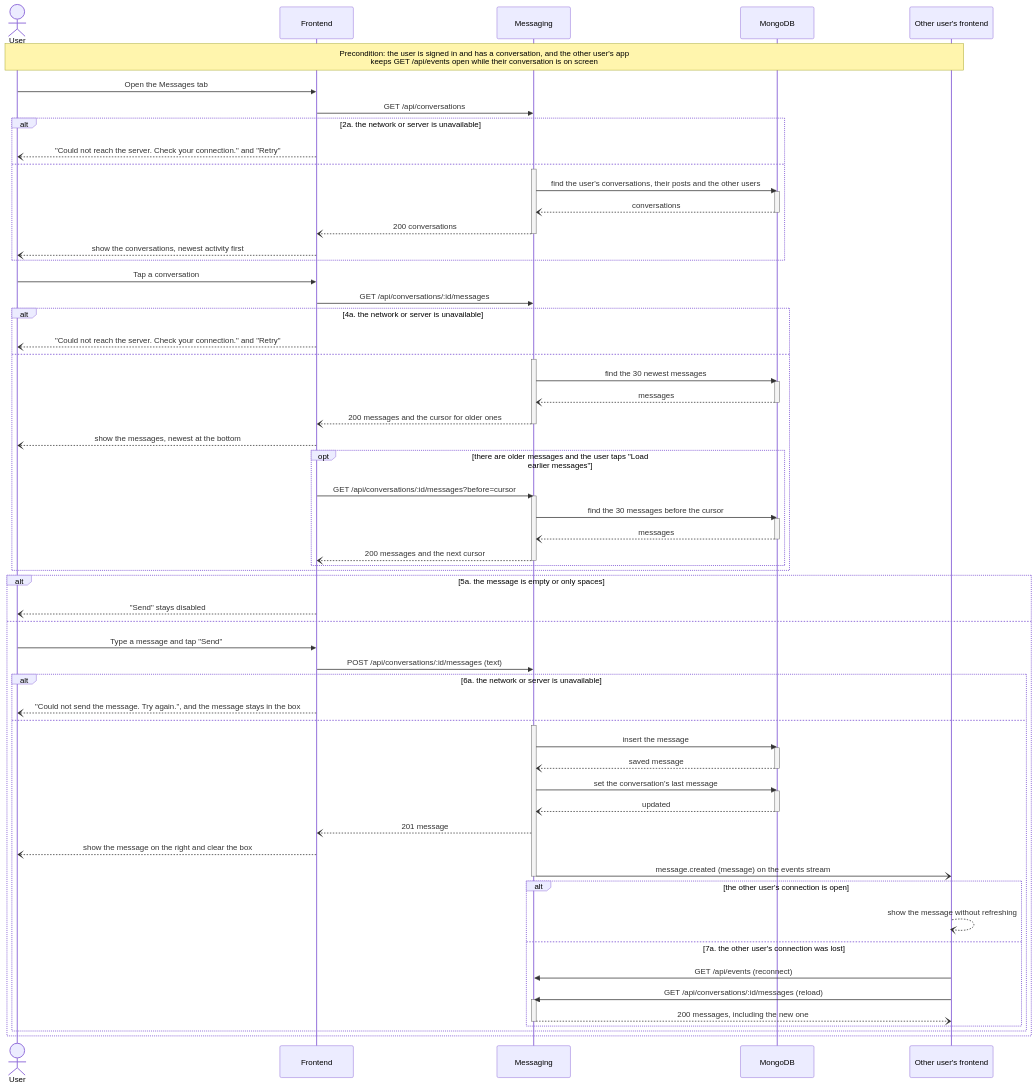
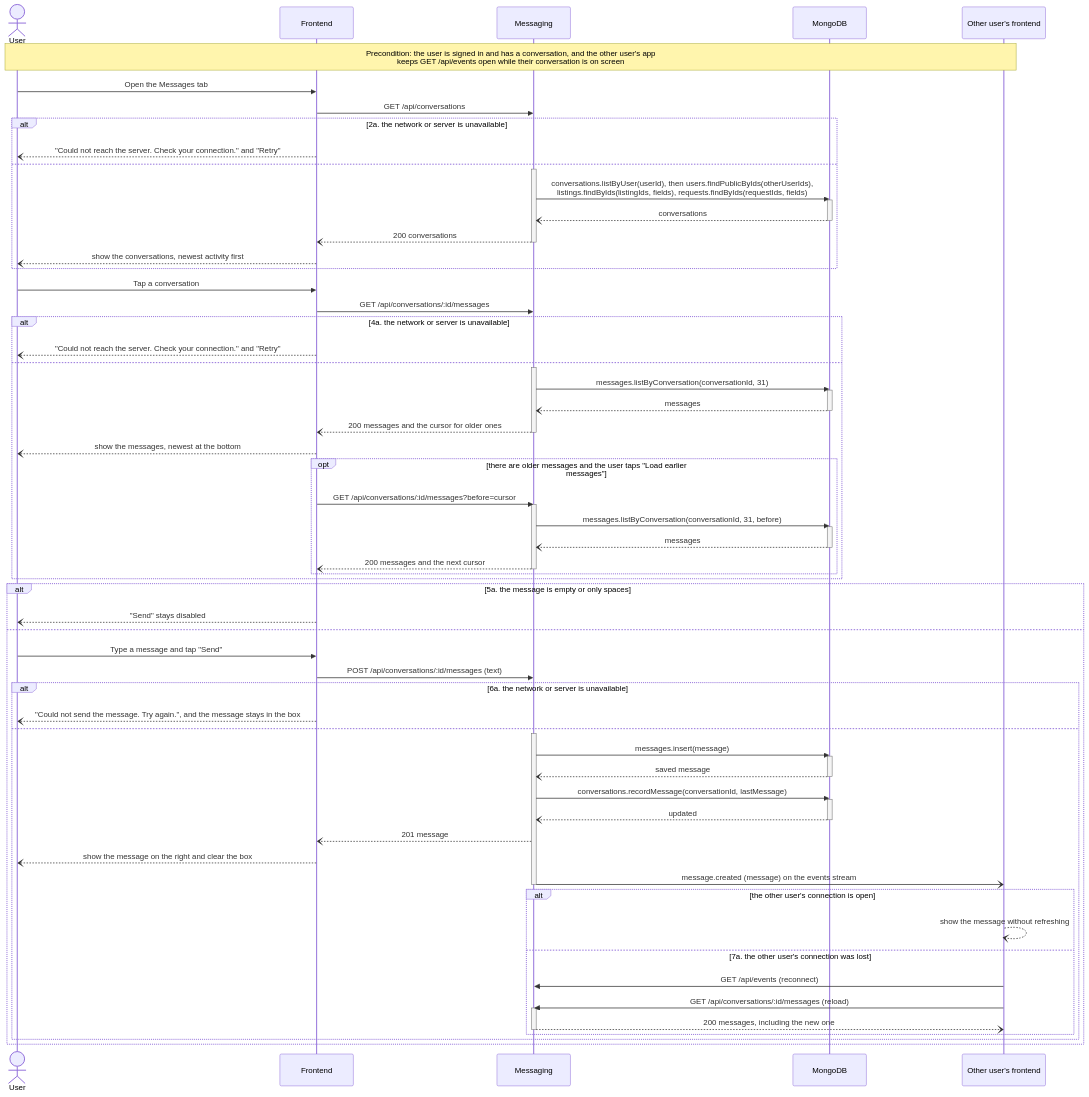
Before and after one commit to m1lun/MatchMarket: the fifth of 6 diagrams in documentation/Requirements_and_Design.md, drawn with Mermaid. The commit also changed other lines of this file, not shown here.

Commit message:
docs: show the database calls in the sequence diagrams in Java style

````diff
--- a/documentation/Requirements_and_Design.md
+++ b/documentation/Requirements_and_Design.md
@@ -724,79 +725,79 @@
 ```mermaid
 sequenceDiagram
     actor U as User
     participant FE as Frontend
     participant MS as Messaging
     participant DB as MongoDB
     participant O as Other user's frontend
     Note over U,O: Precondition: the user is signed in and has a conversation, and the other user's app<br/>keeps GET /api/events open while their conversation is on screen
     U->>FE: Open the Messages tab
     FE->>MS: GET /api/conversations
     alt 2a. the network or server is unavailable
         FE--)U: "Could not reach the server. Check your connection." and "Retry"
     else
         activate MS
-        MS->>DB: find the user's conversations, their posts and the other users
+        MS->>DB: conversations.listByUser(userId), then users.findPublicByIds(otherUserIds),<br/>listings.findByIds(listingIds, fields), requests.findByIds(requestIds, fields)
         activate DB
         DB--)MS: conversations
         deactivate DB
         MS--)FE: 200 conversations
         deactivate MS
         FE--)U: show the conversations, newest activity first
     end
     U->>FE: Tap a conversation
     FE->>MS: GET /api/conversations/:id/messages
     alt 4a. the network or server is unavailable
         FE--)U: "Could not reach the server. Check your connection." and "Retry"
     else
         activate MS
-        MS->>DB: find the 30 newest messages
+        MS->>DB: messages.listByConversation(conversationId, 31)
         activate DB
         DB--)MS: messages
         deactivate DB
         MS--)FE: 200 messages and the cursor for older ones
         deactivate MS
         FE--)U: show the messages, newest at the bottom
         opt there are older messages and the user taps "Load earlier messages"
             FE->>MS: GET /api/conversations/:id/messages?before=cursor
             activate MS
-            MS->>DB: find the 30 messages before the cursor
+            MS->>DB: messages.listByConversation(conversationId, 31, before)
             activate DB
             DB--)MS: messages
             deactivate DB
             MS--)FE: 200 messages and the next cursor
             deactivate MS
         end
     end
     alt 5a. the message is empty or only spaces
         FE--)U: "Send" stays disabled
     else
         U->>FE: Type a message and tap "Send"
         FE->>MS: POST /api/conversations/:id/messages (text)
         alt 6a. the network or server is unavailable
             FE--)U: "Could not send the message. Try again.", and the message stays in the box
         else
             activate MS
-            MS->>DB: insert the message
+            MS->>DB: messages.insert(message)
             activate DB
             DB--)MS: saved message
             deactivate DB
-            MS->>DB: set the conversation's last message
+            MS->>DB: conversations.recordMessage(conversationId, lastMessage)
             activate DB
             DB--)MS: updated
             deactivate DB
             MS--)FE: 201 message
             FE--)U: show the message on the right and clear the box
             MS-)O: message.created (message) on the events stream
             deactivate MS
             alt the other user's connection is open
                 O--)O: show the message without refreshing
             else 7a. the other user's connection was lost
                 O->>MS: GET /api/events (reconnect)
                 O->>MS: GET /api/conversations/:id/messages (reload)
                 activate MS
                 MS--)O: 200 messages, including the new one
                 deactivate MS
             end
         end
     end
 ```
````
